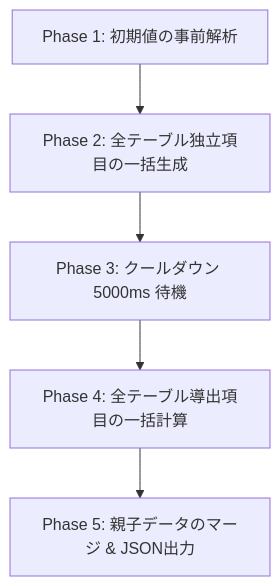
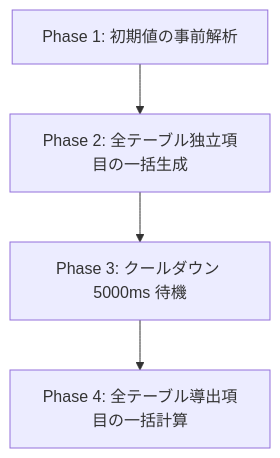
Before and after one commit to yokota101010/SchemaDesigner: the diagram in README.md, drawn with Mermaid.

Commit message:
docs: update SchemaDesigner README with latest tool instructions

````diff
--- a/README.md
+++ b/README.md
@@ -137,7 +137,6 @@
 ```mermaid
 graph TD
     A[Phase 1: 初期値の事前解析] --> B[Phase 2: 全テーブル独立項目の一括生成]
     B --> C[Phase 3: クールダウン 5000ms 待機]
     C --> D[Phase 4: 全テーブル導出項目の一括計算]
-    D --> E[Phase 5: 親子データのマージ & JSON出力]
 ```
````
